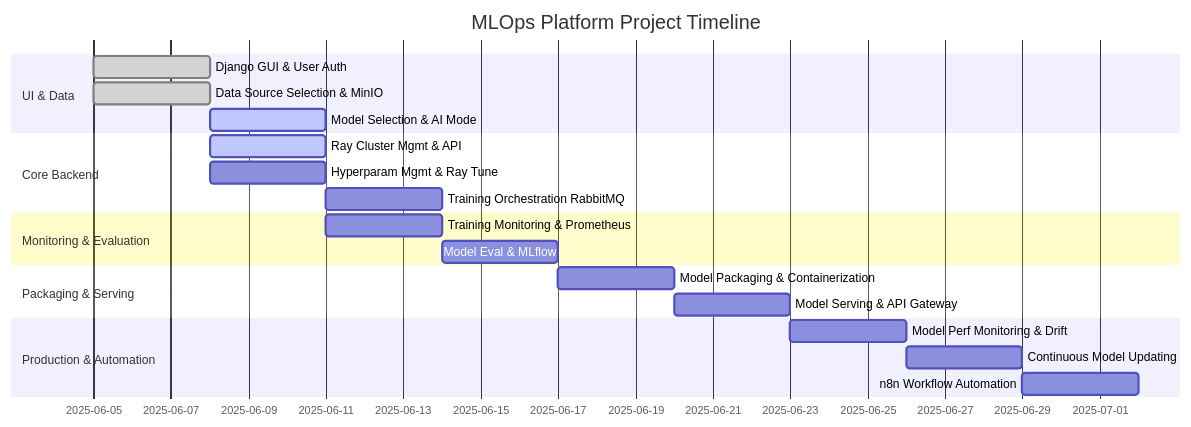
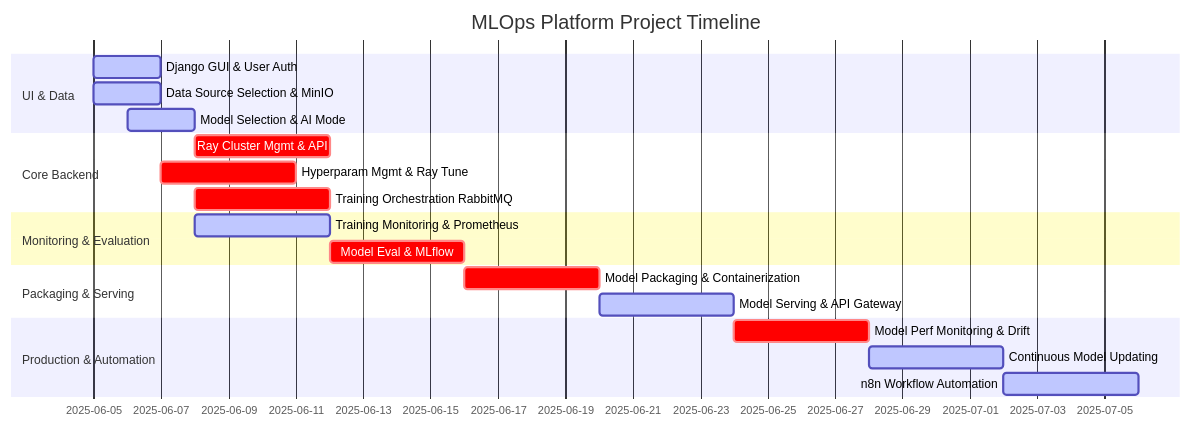
The second of 2 diagrams in project/readme.md (username-not-important/cloud-computing-2025), drawn with Mermaid before and after one commit.

Commit message:
FIX: gantt chart

````diff
--- a/project/readme.md
+++ b/project/readme.md
@@ -134,28 +134,28 @@
 ```mermaid
 gantt
     title MLOps Platform Project Timeline
     dateFormat  YYYY-MM-DD
 
     section UI & Data
-    Django GUI & User Auth            :done,   t1, 2025-06-05, 3d
-    Data Source Selection & MinIO     :done,   t3, 2025-06-05, 3d
-    Model Selection & AI Mode         :active, t4, 2025-06-08, 3d
+    Django GUI & User Auth            :active,   t1, 2025-06-05, 2d
+    Data Source Selection & MinIO     :active,   t3, 2025-06-05, 2d
+    Model Selection & AI Mode         :active,   t4, 2025-06-06, 2d
 
     section Core Backend
-    Ray Cluster Mgmt & API            :active, t2, 2025-06-08, 3d
-    Hyperparam Mgmt & Ray Tune        :        t5, after t3, 3d
-    Training Orchestration RabbitMQ :        t6, after t4, 3d
+    Ray Cluster Mgmt & API            :crit,   t2, 2025-06-08, 4d
+    Hyperparam Mgmt & Ray Tune        :crit,   t5, after t3, 4d
+    Training Orchestration RabbitMQ   :crit,   t6, after t4, 4d
 
     section Monitoring & Evaluation
-    Training Monitoring & Prometheus  :        t7, after t4, 3d
-    Model Eval & MLflow               :        t8, after t7, 3d
+    Training Monitoring & Prometheus  :active,   t7, after t4, 4d
+    Model Eval & MLflow               :crit,   t8, after t7, 4d
 
     section Packaging & Serving
-    Model Packaging & Containerization:        t9, after t8, 3d
-    Model Serving & API Gateway       :        t10, after t9, 3d
+    Model Packaging & Containerization:crit,   t9, after t8, 4d
+    Model Serving & API Gateway       :active,   t10, after t9, 4d
 
     section Production & Automation
-    Model Perf Monitoring & Drift     :        t11, after t10, 3d
-    Continuous Model Updating         :        t12, after t11, 3d
-    n8n Workflow Automation           :        t13, after t12, 3d
+    Model Perf Monitoring & Drift     :crit,   t11, after t10, 4d
+    Continuous Model Updating         :active,   t12, after t11, 4d
+    n8n Workflow Automation           :active,   t13, after t12, 4d
 ```
````
